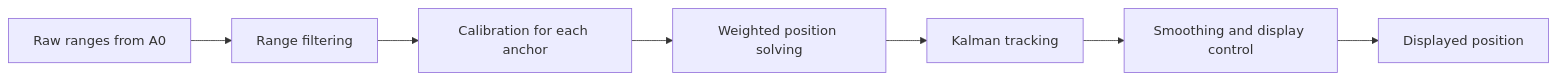
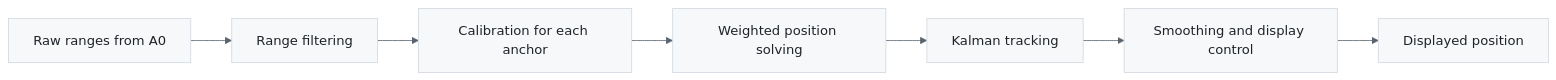
The diagram in README.md (HetaoLu-Creater/uwb-localisation), drawn with Mermaid before and after one commit.

Commit message:
Add styling to diagram in README.mdMatch flowchart colours to README tables

````diff
--- a/README.md
+++ b/README.md
@@ -17,9 +17,11 @@
 ```mermaid
 flowchart LR
     A[Raw ranges from A0] --> B[Range filtering]
     B --> C[Calibration for each anchor]
     C --> D[Weighted position solving]
     D --> E[Kalman tracking]
     E --> F[Smoothing and display control]
     F --> G[Displayed position]
+    classDef default fill:#f6f8fa,stroke:#d1d9e0,color:#1f2328
+    linkStyle default stroke:#59636e
 ```
````
